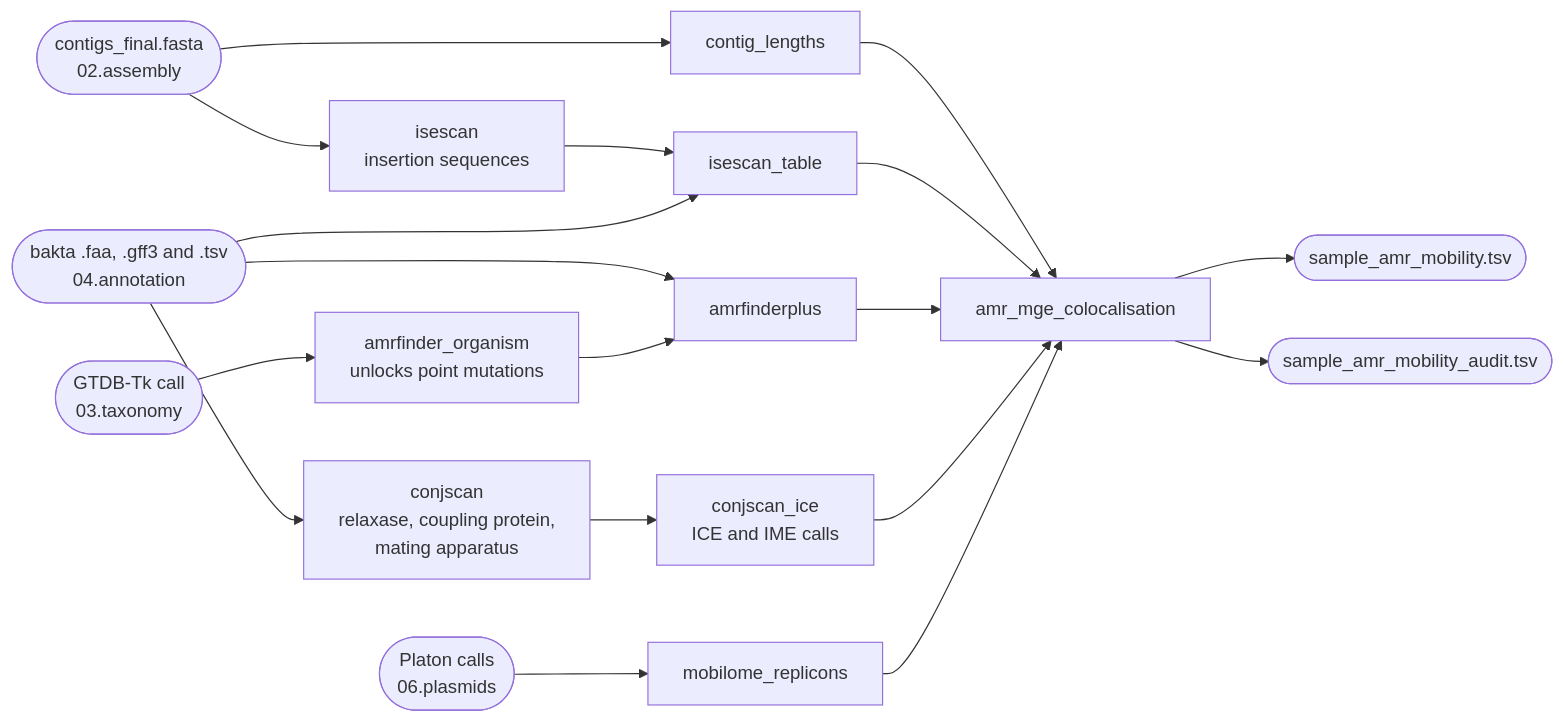
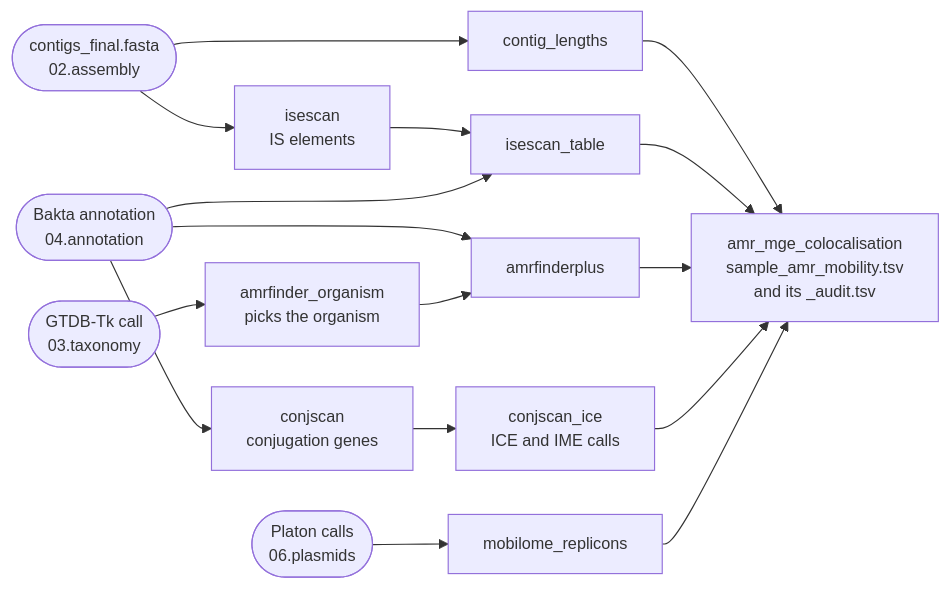
The diagram in docs/mobilome/index.md (iLivius/BacFlux), drawn with Mermaid before and after one commit. The commit also changed other lines of this file and 43 other files, not shown here.

````diff
--- a/docs/mobilome/index.md
+++ b/docs/mobilome/index.md
@@ -66,34 +76,40 @@
 ```mermaid
+---
+config:
+  themeVariables:
+    fontSize: 14px
+  flowchart:
+    nodeSpacing: 35
+    rankSpacing: 25
+---
 flowchart LR
     C([contigs_final.fasta<br/>02.assembly])
-    FAA([bakta .faa, .gff3 and .tsv<br/>04.annotation])
+    FAA([Bakta annotation<br/>04.annotation])
     TAX([GTDB-Tk call<br/>03.taxonomy])
     PLA([Platon calls<br/>06.plasmids])
 
     CL[contig_lengths]
-    IS[isescan<br/>insertion sequences]
+    IS[isescan<br/>IS elements]
     IST[isescan_table]
     AFP[amrfinderplus]
-    ORG[amrfinder_organism<br/>unlocks point mutations]
-    CJ[conjscan<br/>relaxase, coupling protein,<br/>mating apparatus]
+    ORG[amrfinder_organism<br/>picks the organism]
+    CJ[conjscan<br/>conjugation genes]
     CJI[conjscan_ice<br/>ICE and IME calls]
     REP[mobilome_replicons]
 
     C --> CL
     C --> IS --> IST
     FAA --> IST
     FAA --> AFP
     FAA --> CJ --> CJI
     TAX --> ORG --> AFP
     PLA --> REP
 
-    CO[amr_mge_colocalisation]
+    CO[amr_mge_colocalisation<br/>sample_amr_mobility.tsv<br/>and its _audit.tsv]
     CL --> CO
     IST --> CO
     AFP --> CO
     CJI --> CO
     REP --> CO
 
-    CO --> O1([sample_amr_mobility.tsv])
-    CO --> O2([sample_amr_mobility_audit.tsv])
 ```
````
